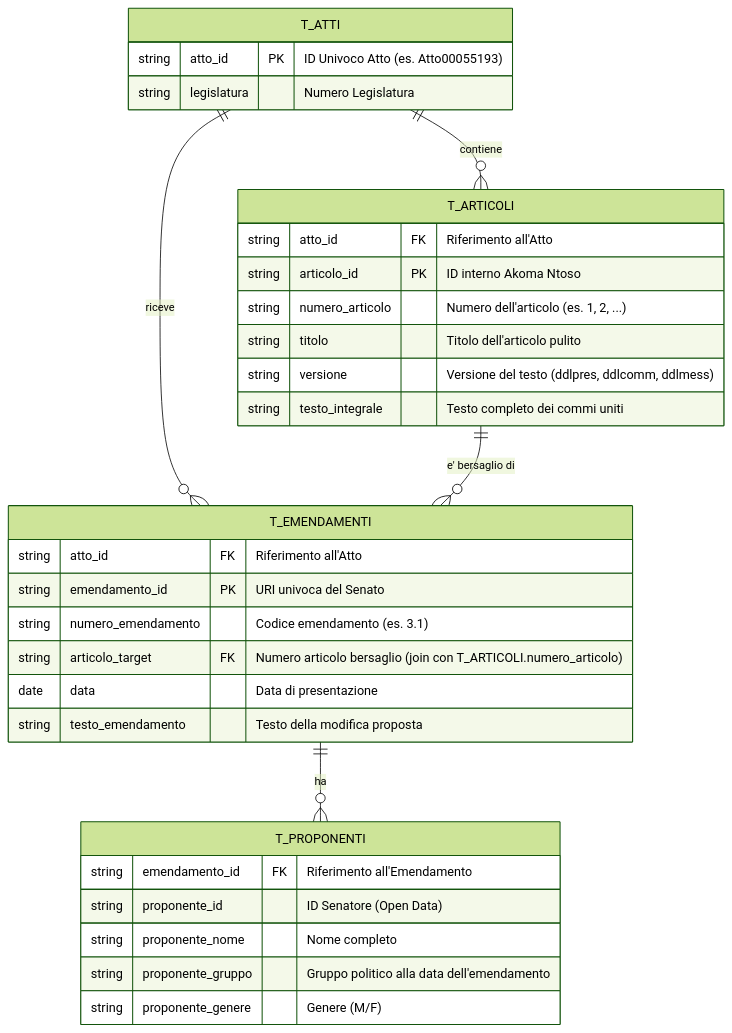
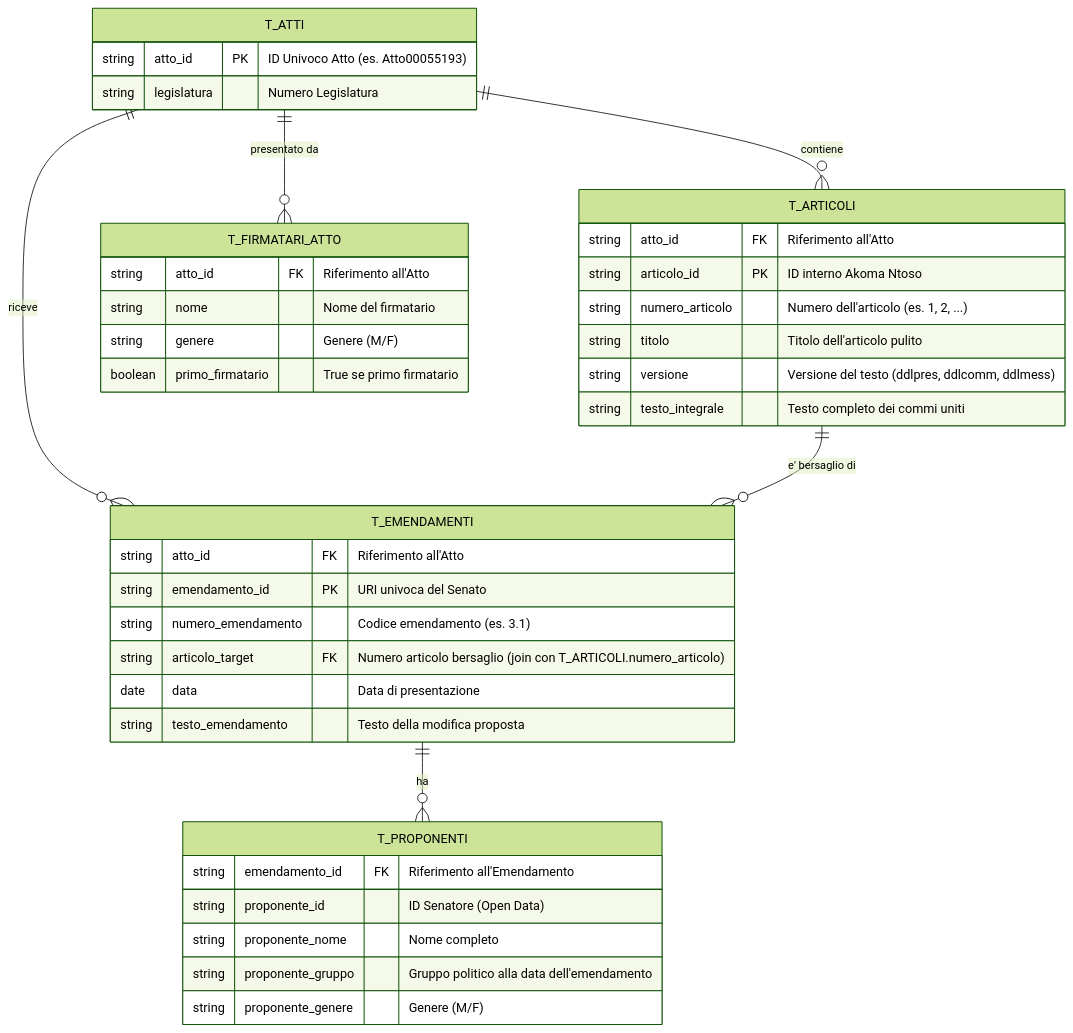
Before and after one commit to aborruso/iter-legis: the diagram in README_DATASET.md, drawn with Mermaid (forest theme). The commit also changed other lines of this file and 8 other files, not shown here.

First line of the commit message:
feat: add t_firmatari_atto table (closes #1)

````diff
--- a/README_DATASET.md
+++ b/README_DATASET.md
@@ -9,38 +9,46 @@
 ```mermaid
 erDiagram
     T_ATTI ||--o{ T_ARTICOLI : "contiene"
     T_ATTI ||--o{ T_EMENDAMENTI : "riceve"
+    T_ATTI ||--o{ T_FIRMATARI_ATTO : "presentato da"
     T_ARTICOLI ||--o{ T_EMENDAMENTI : "e' bersaglio di"
     T_EMENDAMENTI ||--o{ T_PROPONENTI : "ha"
 
     T_ATTI {
         string atto_id PK "ID Univoco Atto (es. Atto00055193)"
         string legislatura "Numero Legislatura"
+    }
+
+    T_FIRMATARI_ATTO {
+        string atto_id FK "Riferimento all'Atto"
+        string nome "Nome del firmatario"
+        string genere "Genere (M/F)"
+        boolean primo_firmatario "True se primo firmatario"
     }
 
     T_ARTICOLI {
         string atto_id FK "Riferimento all'Atto"
         string articolo_id PK "ID interno Akoma Ntoso"
         string numero_articolo "Numero dell'articolo (es. 1, 2, ...)"
         string titolo "Titolo dell'articolo pulito"
         string versione "Versione del testo (ddlpres, ddlcomm, ddlmess)"
         string testo_integrale "Testo completo dei commi uniti"
     }
 
     T_EMENDAMENTI {
         string atto_id FK "Riferimento all'Atto"
         string emendamento_id PK "URI univoca del Senato"
         string numero_emendamento "Codice emendamento (es. 3.1)"
         string articolo_target FK "Numero articolo bersaglio (join con T_ARTICOLI.numero_articolo)"
         date data "Data di presentazione"
         string testo_emendamento "Testo della modifica proposta"
     }
 
     T_PROPONENTI {
         string emendamento_id FK "Riferimento all'Emendamento"
         string proponente_id "ID Senatore (Open Data)"
         string proponente_nome "Nome completo"
         string proponente_gruppo "Gruppo politico alla data dell'emendamento"
         string proponente_genere "Genere (M/F)"
     }
 ```
````
